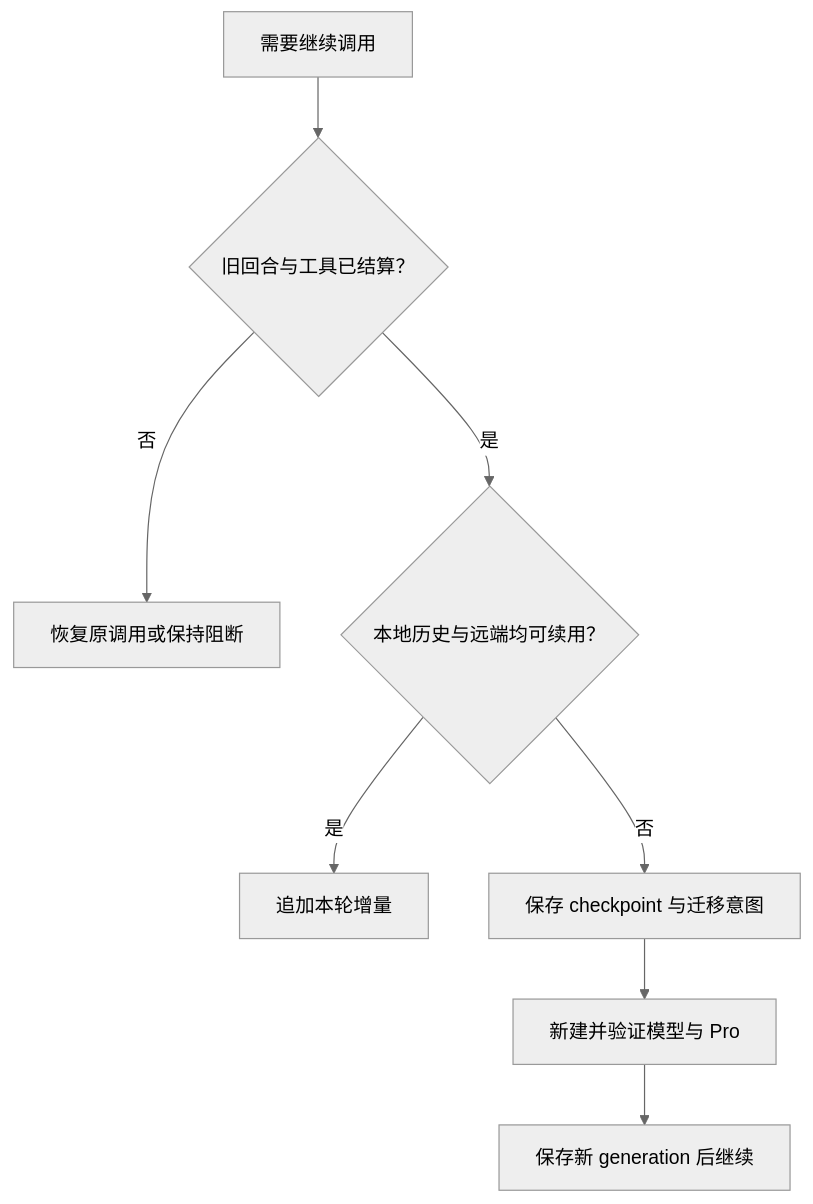
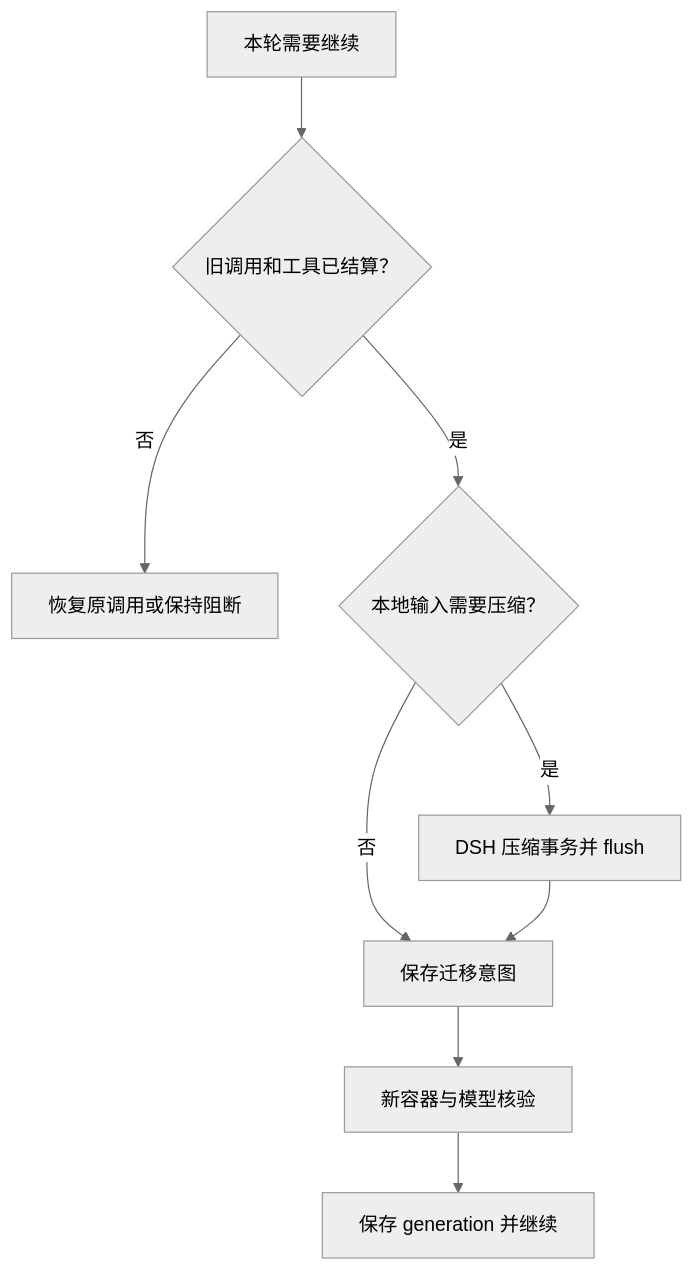
Before and after one commit to ckanner/flywheel: the second of 2 diagrams in docs/plans/2026-11-17-chatgpt-web-provider.md, drawn with Mermaid (neutral theme). The commit also changed other lines of this file and 4 other files, not shown here.

````diff
--- a/docs/plans/2026-11-17-chatgpt-web-provider.md
+++ b/docs/plans/2026-11-17-chatgpt-web-provider.md
@@ -335,10 +290,11 @@
 ```mermaid
 flowchart TD
-  A["需要继续调用"] --> B{"旧回合与工具已结算？"}
+  A["本轮需要继续"] --> B{"旧调用和工具已结算？"}
   B -->|"否"| C["恢复原调用或保持阻断"]
-  B -->|"是"| D{"本地历史与远端均可续用？"}
-  D -->|"是"| E["追加本轮增量"]
-  D -->|"否"| F["保存 checkpoint 与迁移意图"]
-  F --> G["新建并验证模型与 Pro"]
-  G --> H["保存新 generation 后继续"]
+  B -->|"是"| D{"本地输入需要压缩？"}
+  D -->|"是"| E["DSH 压缩事务并 flush"]
+  D -->|"否"| F["保存迁移意图"]
+  E --> F
+  F --> G["新容器与模型核验"]
+  G --> H["保存 generation 并继续"]
 ```
````
